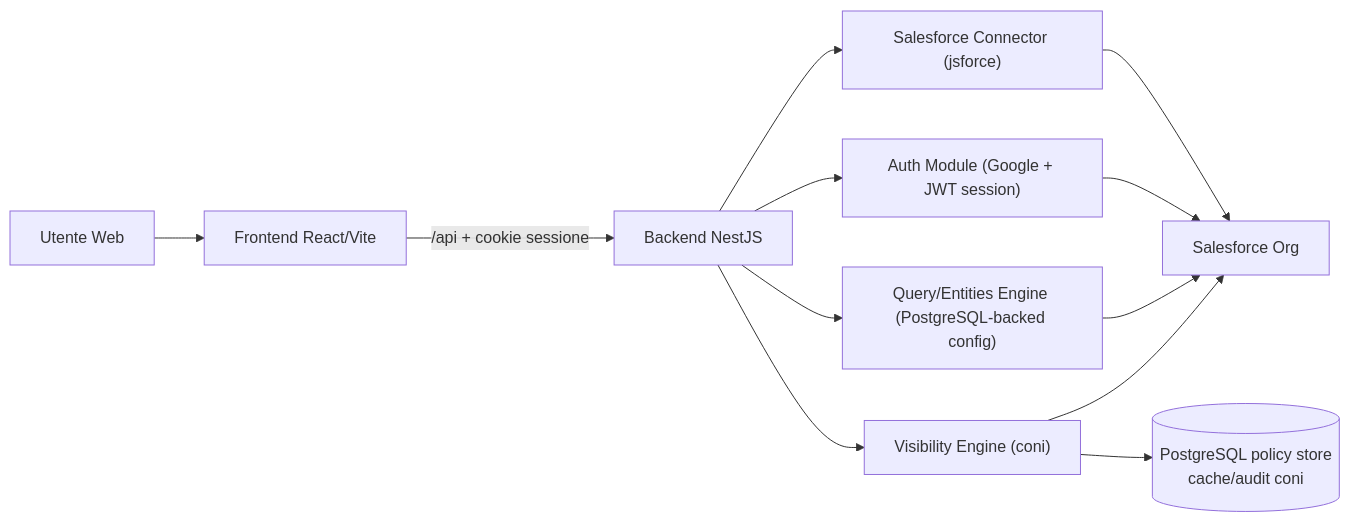
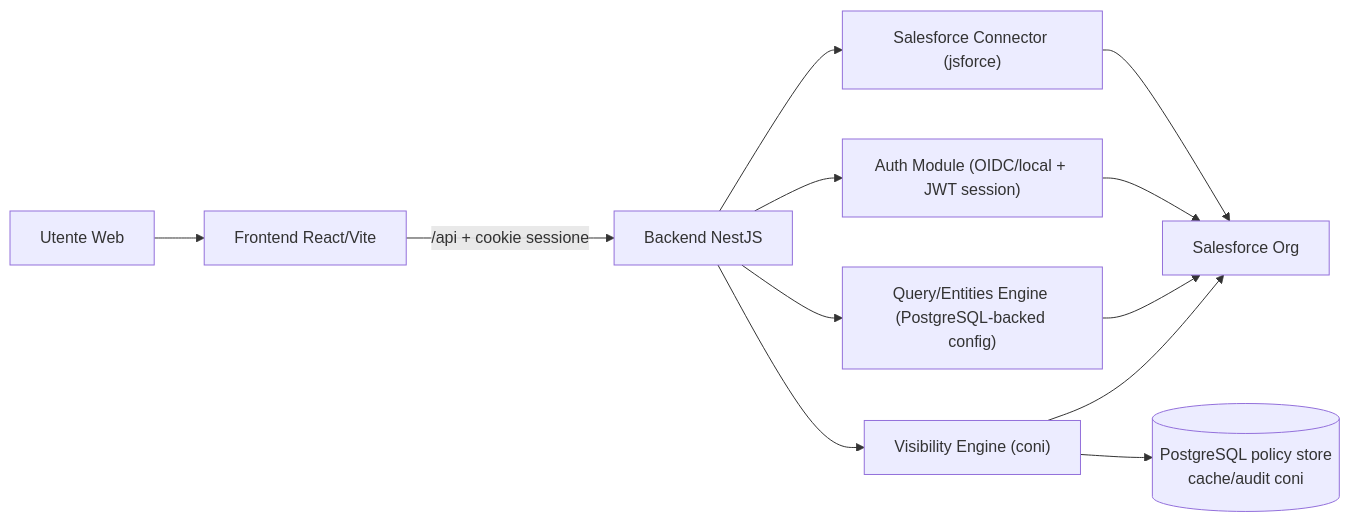
The diagram in docs/solution.md (jsanchezcodestorm/sfdc-external), drawn with Mermaid before and after one commit. The commit also changed other lines of this file and 44 other files, not shown here.

````diff
--- a/docs/solution.md
+++ b/docs/solution.md
@@ -39,14 +39,14 @@
 ```mermaid
 flowchart LR
   U["Utente Web"] --> F["Frontend React/Vite"]
   F -->|"/api + cookie sessione"| B["Backend NestJS"]
-  B --> A["Auth Module (Google + JWT session)"]
+  B --> A["Auth Module (OIDC/local + JWT session)"]
   B --> Q["Query/Entities Engine (PostgreSQL-backed config)"]
   B --> V["Visibility Engine (coni)"]
   B --> S["Salesforce Connector (jsforce)"]
   V --> P[("PostgreSQL policy store\ncache/audit coni")]
   S --> SF["Salesforce Org"]
   A --> SF
   Q --> SF
   V --> SF
 ```
````
